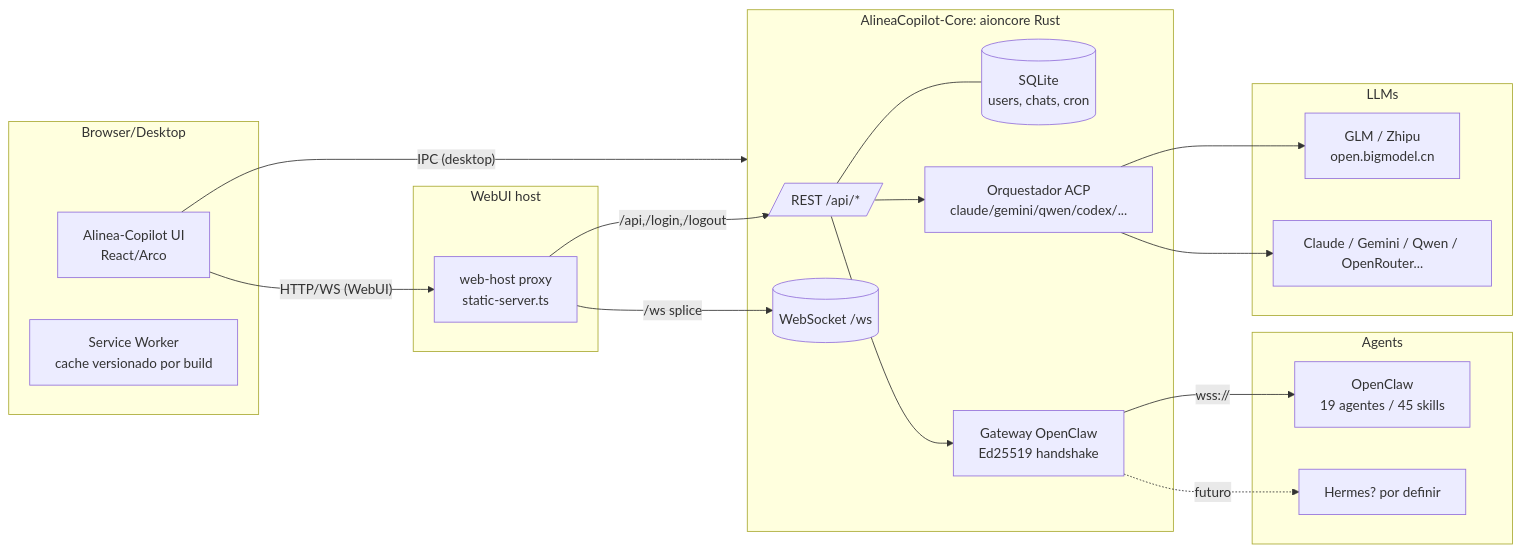
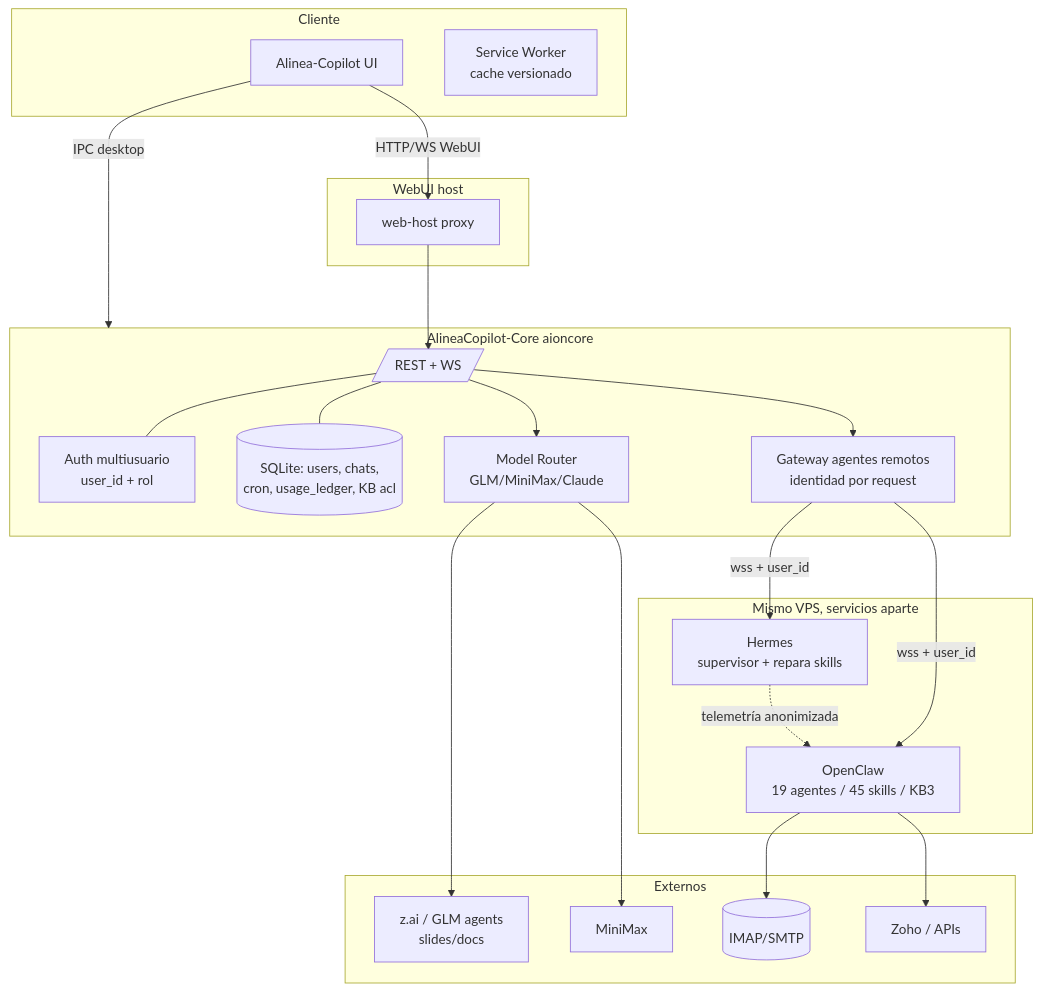
The first of 4 diagrams in docs/prds/alinea/ROADMAP.md (JoseTabora93/Alinea-Copilot), drawn with Mermaid before and after one commit. The commit also changed other lines of this file, not shown here.

Commit message:
docs(planning): roadmap v2 — bake decisions + multi-user data segregation + command center

````diff
--- a/docs/prds/alinea/ROADMAP.md
+++ b/docs/prds/alinea/ROADMAP.md
@@ -44,41 +44,40 @@
 ```mermaid
-flowchart LR
-  subgraph Browser/Desktop
-    UI[Alinea-Copilot UI<br/>React/Arco]
-    SW[Service Worker<br/>cache versionado por build]
+flowchart TB
+  subgraph Cliente
+    UI[Alinea-Copilot UI]
+    SW[Service Worker<br/>cache versionado]
+  end
+  subgraph Host[WebUI host]
+    WH[web-host proxy]
+  end
+  subgraph Core[AlineaCopilot-Core aioncore]
+    AUTH[Auth multiusuario<br/>user_id + rol]
+    API[/REST + WS/]
+    DB[(SQLite: users, chats,<br/>cron, usage_ledger, KB acl)]
+    ROUTER[Model Router<br/>GLM/MiniMax/Claude]
+    GW[Gateway agentes remotos<br/>identidad por request]
+  end
+  subgraph VPS[Mismo VPS, servicios aparte]
+    OC[OpenClaw<br/>19 agentes / 45 skills / KB3]
+    HER[Hermes<br/>supervisor + repara skills]
+  end
+  subgraph Ext[Externos]
+    ZAI[z.ai / GLM agents<br/>slides/docs]
+    MM[MiniMax]
+    MAIL[(IMAP/SMTP)]
+    ZOHO[Zoho / APIs]
   end
 
-  subgraph WebUI host
-    WH[web-host proxy<br/>static-server.ts]
-  end
-
-  subgraph Core[AlineaCopilot-Core: aioncore Rust]
-    API[/REST /api/*/]
-    WS[(WebSocket /ws)]
-    DB[(SQLite<br/>users, chats, cron)]
-    ACP[Orquestador ACP<br/>claude/gemini/qwen/codex/...]
-    GW[Gateway OpenClaw<br/>Ed25519 handshake]
-  end
-
-  subgraph Agents
-    OC[OpenClaw<br/>19 agentes / 45 skills]
-    HER[Hermes? por definir]
-  end
-
-  subgraph LLMs
-    GLM[GLM / Zhipu<br/>open.bigmodel.cn]
-    OTROS[Claude / Gemini / Qwen / OpenRouter...]
-  end
-
-  UI -- IPC (desktop) --> Core
-  UI -- HTTP/WS (WebUI) --> WH
-  WH -- /api,/login,/logout --> API
-  WH -- /ws splice --> WS
+  UI -->|IPC desktop| Core
+  UI -->|HTTP/WS WebUI| WH --> API
+  API --- AUTH
   API --- DB
-  API --> ACP
+  API --> ROUTER --> ZAI
+  ROUTER --> MM
   API --> GW
-  GW -- wss:// --> OC
-  ACP --> GLM
-  ACP --> OTROS
-  GW -. futuro .-> HER
+  GW -->|wss + user_id| OC
+  GW -->|wss + user_id| HER
+  OC --> MAIL
+  OC --> ZOHO
+  HER -.telemetría anonimizada.-> OC
 ```
````
